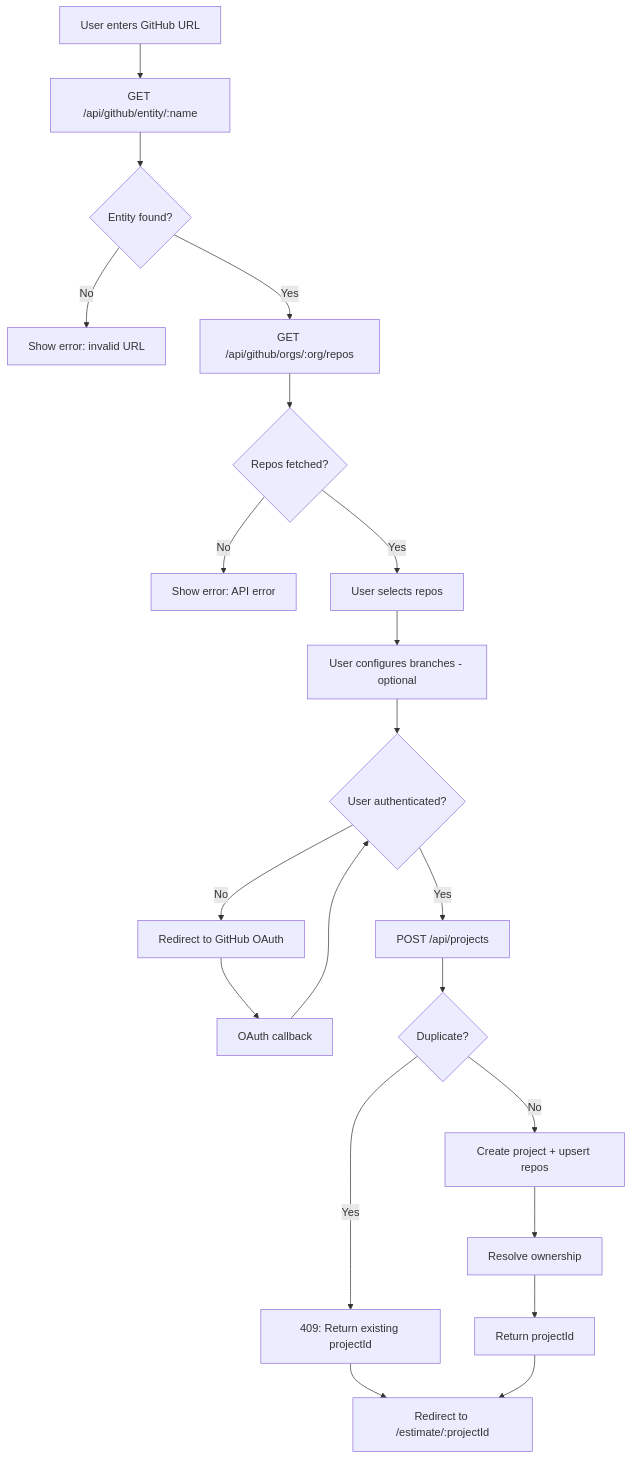
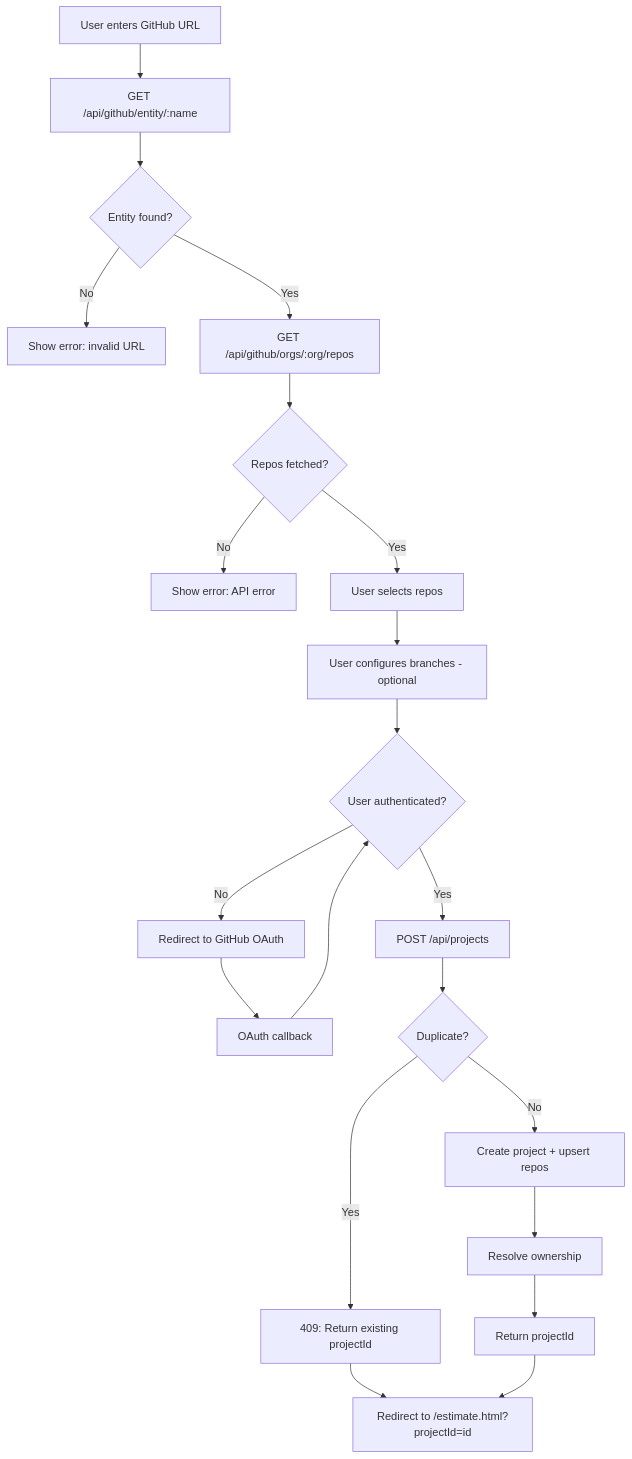
The diagram in product/flows/project-creation.md (epoberezkin/codewatch), drawn with Mermaid before and after one commit. The commit also changed other lines of this file and 61 other files, not shown here.

````diff
--- a/product/flows/project-creation.md
+++ b/product/flows/project-creation.md
@@ -115,23 +115,23 @@
 ```mermaid
 flowchart TD
     A[User enters GitHub URL] --> B[GET /api/github/entity/:name]
     B --> C{Entity found?}
     C -->|No| ERR1[Show error: invalid URL]
     C -->|Yes| D[GET /api/github/orgs/:org/repos]
     D --> E{Repos fetched?}
     E -->|No| ERR2[Show error: API error]
     E -->|Yes| F[User selects repos]
     F --> G[User configures branches - optional]
     G --> H{User authenticated?}
     H -->|No| I[Redirect to GitHub OAuth]
     I --> J[OAuth callback]
     J --> H
     H -->|Yes| K[POST /api/projects]
     K --> L{Duplicate?}
     L -->|Yes| M[409: Return existing projectId]
-    M --> N[Redirect to /estimate/:projectId]
+    M --> N[Redirect to /estimate.html?projectId=id]
     L -->|No| O[Create project + upsert repos]
     O --> P[Resolve ownership]
     P --> Q[Return projectId]
     Q --> N
 ```
````
